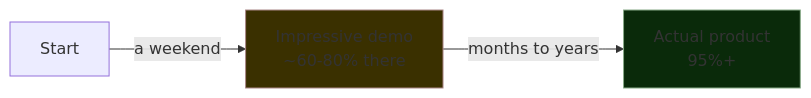
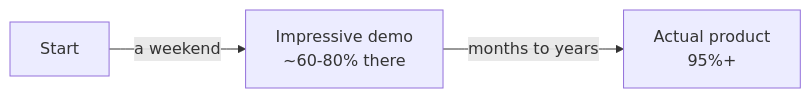
Before and after one commit to utkarshinobi/mind: the fifth of 8 diagrams in book/chapter-01.md, drawn with Mermaid. The commit also changed other lines of this file, not shown here.

````diff
--- a/book/chapter-01.md
+++ b/book/chapter-01.md
@@ -518,7 +345,5 @@
 ```mermaid
 flowchart LR
     S["Start"] -->|"a weekend"| D["Impressive demo<br/>~60-80% there"]
     D -->|"months to years"| P["Actual product<br/>95%+"]
-    style D fill:#3a3000,stroke:#a88
-    style P fill:#0a2a0a,stroke:#8a8
 ```
````
